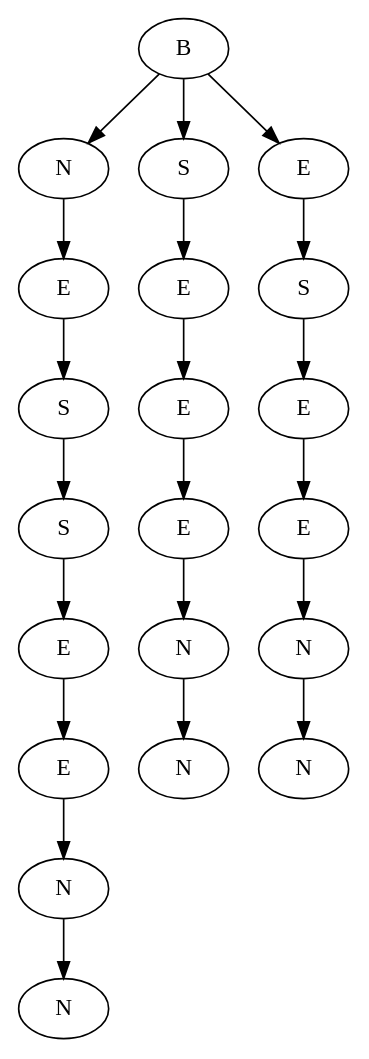
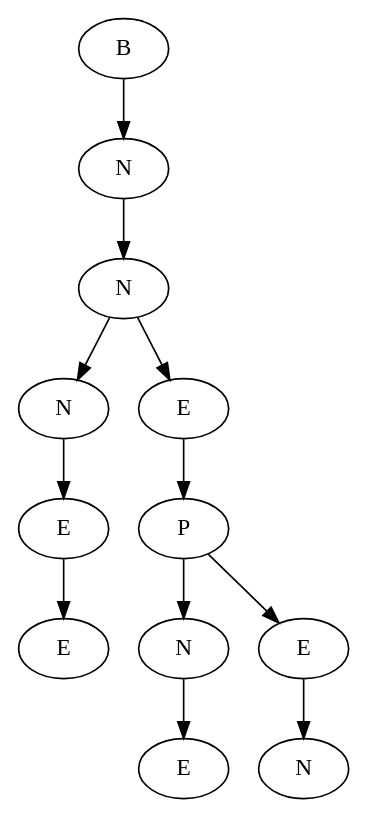
Before and after one commit to Iliyan0411/Data-Structures: the diagram in Tom and Jerry/viz.dot, drawn with Graphviz. The commit also changed 8 other files, not shown here.

```diff
--- a/Tom and Jerry/viz.dot
+++ b/Tom and Jerry/viz.dot
@@ -1,43 +1,25 @@
 digraph G{
-16297048[label="N"]
-16297240[label="N"]
-16297240->16297048;
-16297144[label="E"]
-16297144->16297240;
-16296632[label="E"]
-16296632->16297144;
-16306208[label="S"]
-16306208->16296632;
-16305560[label="S"]
-16305560->16306208;
-16304912[label="E"]
-16304912->16305560;
-16282136[label="N"]
-16282136->16304912;
-16296472[label="N"]
-16296856[label="N"]
-16296856->16296472;
-16296536[label="E"]
-16296536->16296856;
-16296504[label="E"]
-16296504->16296536;
-16297176[label="E"]
-16297176->16296504;
-16297080[label="S"]
-16297080->16297176;
-16307640[label="N"]
-16307256[label="N"]
-16307256->16307640;
-16296600[label="E"]
-16296600->16307256;
-16296344[label="E"]
-16296344->16296600;
-16296824[label="S"]
-16296824->16296344;
-16296440[label="E"]
-16296440->16296824;
-16281752[label="B"]
-16281752->16282136;
-16281752->16297080;
-16281752->16296440;
+15715664[label="E"]
+15714488[label="E"]
+15714488->15715664;
+15713864[label="N"]
+15713864->15714488;
+15715728[label="E"]
+15716048[label="N"]
+15716048->15715728;
+15715280[label="N"]
+15716016[label="E"]
+15716016->15715280;
+15715440[label="P"]
+15715440->15716048;
+15715440->15716016;
+15715952[label="E"]
+15715952->15715440;
+15706528[label="N"]
+15706528->15713864;
+15706528->15715952;
+15706560[label="N"]
+15706560->15706528;
+15691928[label="B"]
+15691928->15706560;
 }
```
